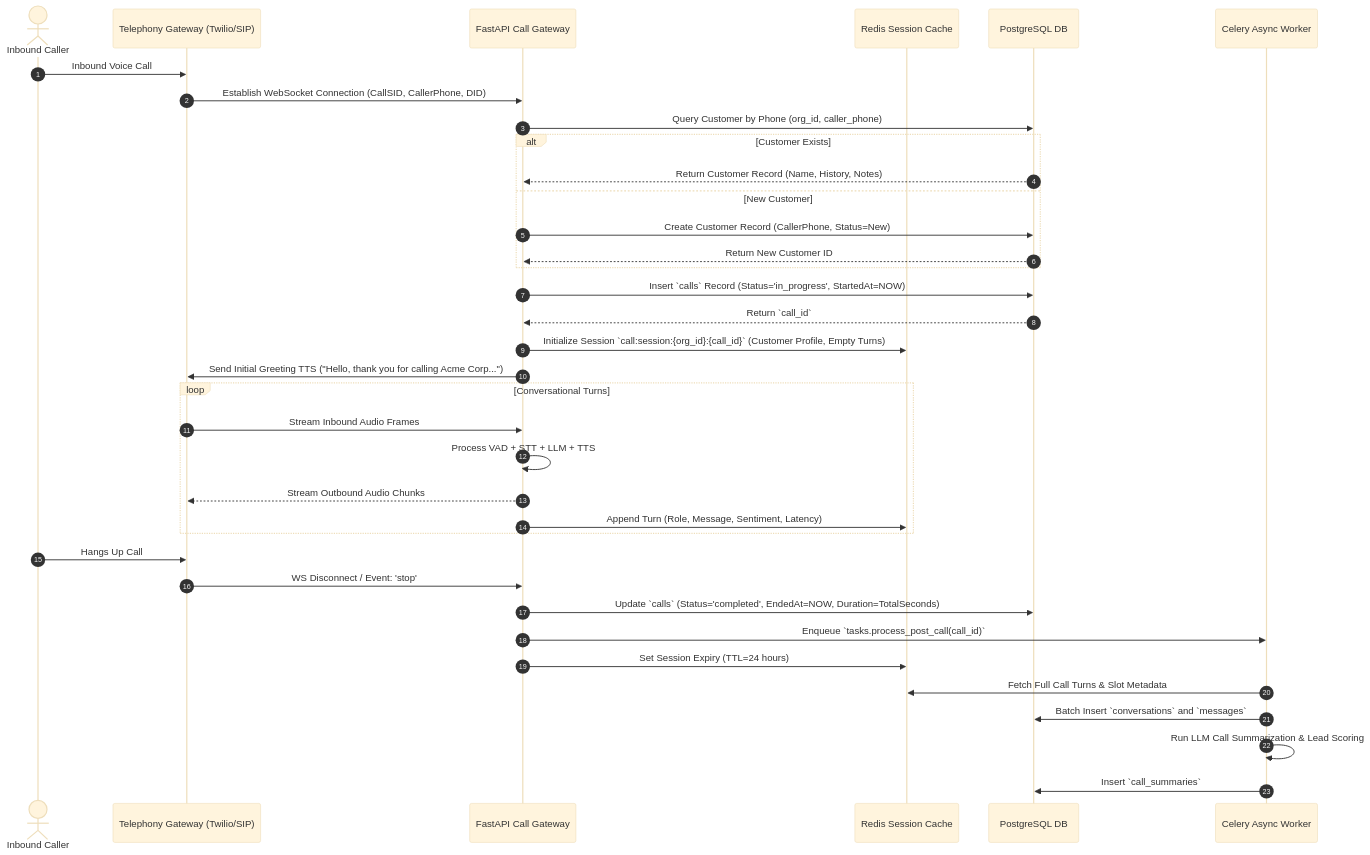
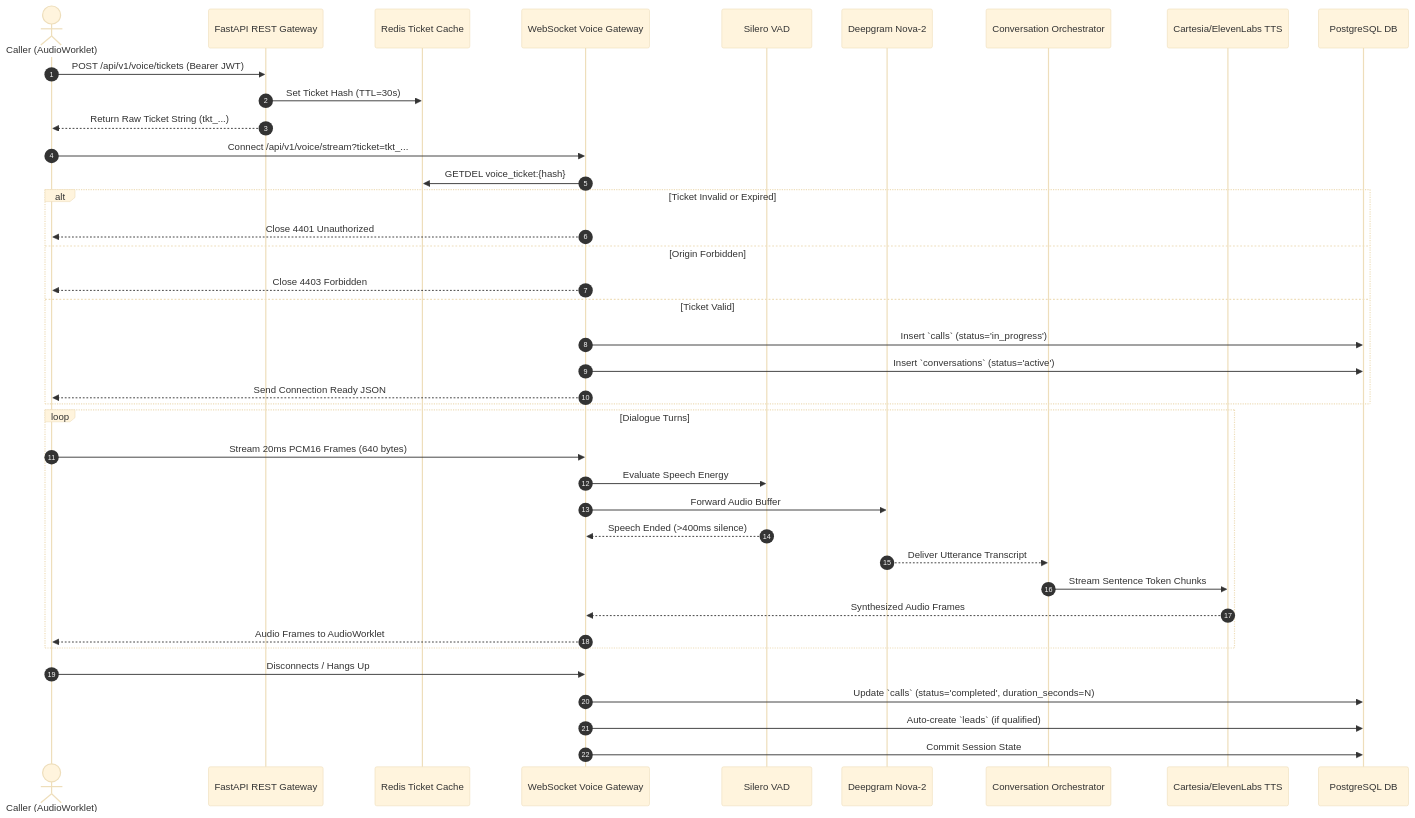
Before and after one commit to Sourav6404/-Autonomous-AI-Sales-Voice-Agent: the first of 6 diagrams in docs/WORKFLOWS.md, drawn with Mermaid (base theme). The commit also changed other lines of this file and 10 other files, not shown here.

````diff
--- a/docs/WORKFLOWS.md
+++ b/docs/WORKFLOWS.md
@@ -11,44 +11,45 @@
 ```mermaid
 sequenceDiagram
     autonumber
-    actor Caller as Inbound Caller
-    participant Telephony as Telephony Gateway (Twilio/SIP)
-    participant WSGateway as FastAPI Call Gateway
-    participant Redis as Redis Session Cache
+    actor Caller as Caller (AudioWorklet)
+    participant API as FastAPI REST Gateway
+    participant Redis as Redis Ticket Cache
+    participant WSGateway as WebSocket Voice Gateway
+    participant VAD as Silero VAD
+    participant STT as Deepgram Nova-2
+    participant Orchestrator as Conversation Orchestrator
+    participant TTS as Cartesia/ElevenLabs TTS
     participant DB as PostgreSQL DB
-    participant Celery as Celery Async Worker
 
-    Caller->>Telephony: Inbound Voice Call
-    Telephony->>WSGateway: Establish WebSocket Connection (CallSID, CallerPhone, DID)
-    WSGateway->>DB: Query Customer by Phone (org_id, caller_phone)
-    alt Customer Exists
-        DB-->>WSGateway: Return Customer Record (Name, History, Notes)
-    else New Customer
-        WSGateway->>DB: Create Customer Record (CallerPhone, Status=New)
-        DB-->>WSGateway: Return New Customer ID
+    Caller->>API: POST /api/v1/voice/tickets (Bearer JWT)
+    API->>Redis: Set Ticket Hash (TTL=30s)
+    API-->>Caller: Return Raw Ticket String (tkt_...)
+
+    Caller->>WSGateway: Connect /api/v1/voice/stream?ticket=tkt_...
+    WSGateway->>Redis: GETDEL voice_ticket:{hash}
+    alt Ticket Invalid or Expired
+        WSGateway-->>Caller: Close 4401 Unauthorized
+    else Origin Forbidden
+        WSGateway-->>Caller: Close 4403 Forbidden
+    else Ticket Valid
+        WSGateway->>DB: Insert `calls` (status='in_progress')
+        WSGateway->>DB: Insert `conversations` (status='active')
+        WSGateway-->>Caller: Send Connection Ready JSON
     end
 
-    WSGateway->>DB: Insert `calls` Record (Status='in_progress', StartedAt=NOW)
-    DB-->>WSGateway: Return `call_id`
-
-    WSGateway->>Redis: Initialize Session `call:session:{org_id}:{call_id}` (Customer Profile, Empty Turns)
-    WSGateway->>Telephony: Send Initial Greeting TTS ("Hello, thank you for calling Acme Corp...")
-
-    loop Conversational Turns
-        Telephony->>WSGateway: Stream Inbound Audio Frames
-        WSGateway->>WSGateway: Process VAD + STT + LLM + TTS
-        WSGateway-->>Telephony: Stream Outbound Audio Chunks
-        WSGateway->>Redis: Append Turn (Role, Message, Sentiment, Latency)
+    loop Dialogue Turns
+        Caller->>WSGateway: Stream 20ms PCM16 Frames (640 bytes)
+        WSGateway->>VAD: Evaluate Speech Energy
+        WSGateway->>STT: Forward Audio Buffer
+        VAD-->>WSGateway: Speech Ended (>400ms silence)
+        STT-->>Orchestrator: Deliver Utterance Transcript
+        Orchestrator->>TTS: Stream Sentence Token Chunks
+        TTS-->>WSGateway: Synthesized Audio Frames
+        WSGateway-->>Caller: Audio Frames to AudioWorklet
     end
 
-    Caller->>Telephony: Hangs Up Call
-    Telephony->>WSGateway: WS Disconnect / Event: 'stop'
-    WSGateway->>DB: Update `calls` (Status='completed', EndedAt=NOW, Duration=TotalSeconds)
-    WSGateway->>Celery: Enqueue `tasks.process_post_call(call_id)`
-    WSGateway->>Redis: Set Session Expiry (TTL=24 hours)
-
-    Celery->>Redis: Fetch Full Call Turns & Slot Metadata
-    Celery->>DB: Batch Insert `conversations` and `messages`
-    Celery->>Celery: Run LLM Call Summarization & Lead Scoring
-    Celery->>DB: Insert `call_summaries`
+    Caller->>WSGateway: Disconnects / Hangs Up
+    WSGateway->>DB: Update `calls` (status='completed', duration_seconds=N)
+    WSGateway->>DB: Auto-create `leads` (if qualified)
+    WSGateway->>DB: Commit Session State
 ```
````
